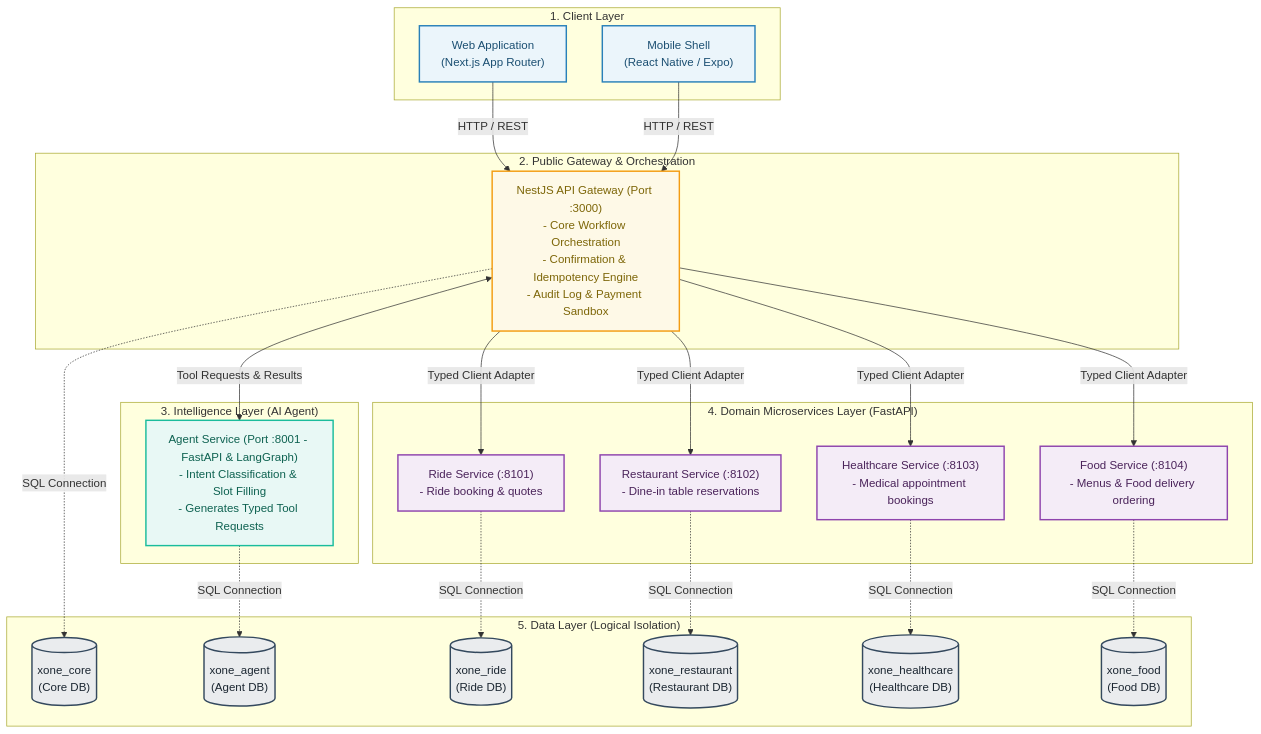
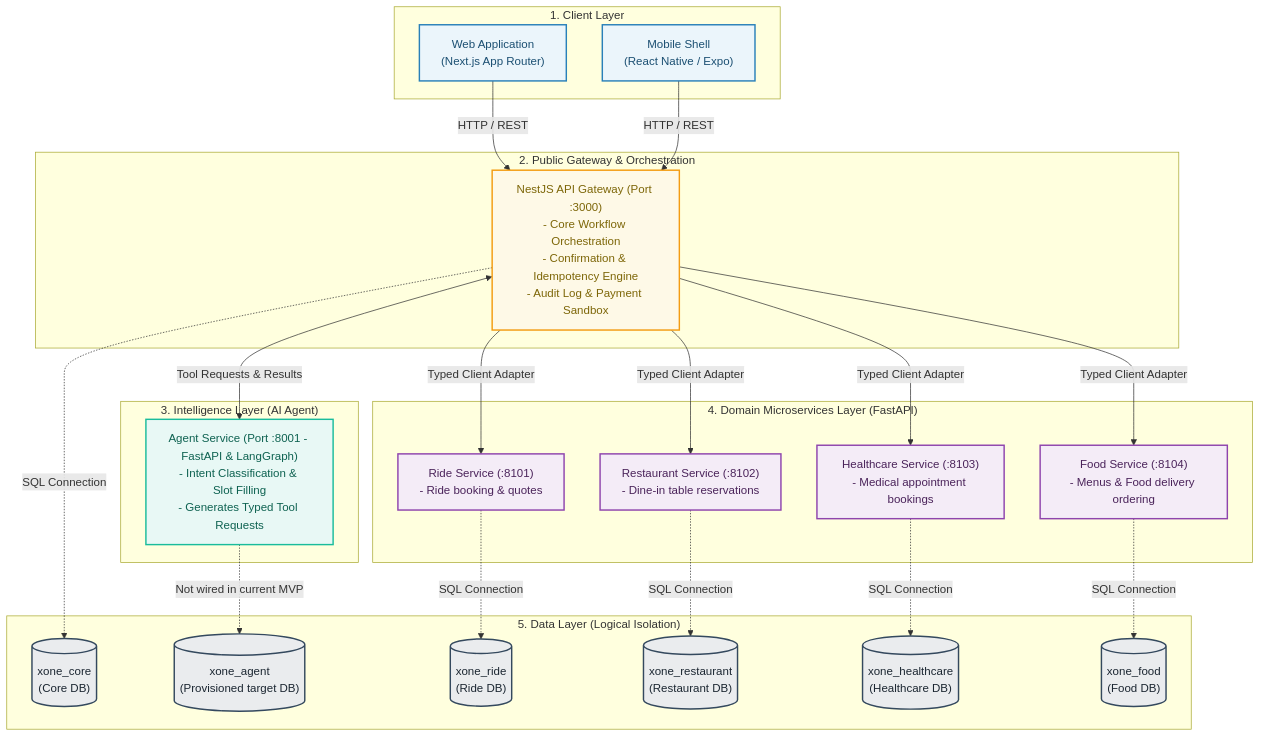
The second of 2 diagrams in docs/architecture/system-overview.md (codecuatai/P-018), drawn with Mermaid before and after one commit. The commit also changed other lines of this file and 33 other files, not shown here.

````diff
--- a/docs/architecture/system-overview.md
+++ b/docs/architecture/system-overview.md
@@ -18,54 +18,54 @@
 ```mermaid
 flowchart TB
     classDef client fill:#EBF5FB,stroke:#2980B9,stroke-width:2px,color:#1B4F72;
     classDef gateway fill:#FEF9E7,stroke:#F39C12,stroke-width:2px,color:#7D6608;
     classDef agent fill:#E8F8F5,stroke:#1ABC9C,stroke-width:2px,color:#0E6251;
     classDef domain fill:#F4ECF7,stroke:#8E44AD,stroke-width:2px,color:#4A235A;
     classDef database fill:#EAECEE,stroke:#34495E,stroke-width:2px,color:#1B2631;
 
     subgraph ClientLayer["1. Client Layer"]
         Web["Web Application\n(Next.js App Router)"]:::client
         Mobile["Mobile Shell\n(React Native / Expo)"]:::client
     end
 
     subgraph GatewayLayer["2. Public Gateway & Orchestration"]
         Gateway["NestJS API Gateway (Port :3000)\n- Core Workflow Orchestration\n- Confirmation & Idempotency Engine\n- Audit Log & Payment Sandbox"]:::gateway
     end
 
     subgraph AgentLayer["3. Intelligence Layer (AI Agent)"]
         Agent["Agent Service (Port :8001 - FastAPI & LangGraph)\n- Intent Classification & Slot Filling\n- Generates Typed Tool Requests"]:::agent
     end
 
     subgraph DomainLayer["4. Domain Microservices Layer (FastAPI)"]
         Ride["Ride Service (:8101)\n- Ride booking & quotes"]:::domain
         Restaurant["Restaurant Service (:8102)\n- Dine-in table reservations"]:::domain
         Healthcare["Healthcare Service (:8103)\n- Medical appointment bookings"]:::domain
         Food["Food Service (:8104)\n- Menus & Food delivery ordering"]:::domain
     end
 
     subgraph DataLayer["5. Data Layer (Logical Isolation)"]
         CoreDB[("xone_core\n(Core DB)")]:::database
-        AgentDB[("xone_agent\n(Agent DB)")]:::database
+        AgentDB[("xone_agent\n(Provisioned target DB)")]:::database
         RideDB[("xone_ride\n(Ride DB)")]:::database
         RestDB[("xone_restaurant\n(Restaurant DB)")]:::database
         HealthDB[("xone_healthcare\n(Healthcare DB)")]:::database
         FoodDB[("xone_food\n(Food DB)")]:::database
     end
 
     Web -->|HTTP / REST| Gateway
     Mobile -->|HTTP / REST| Gateway
 
     Gateway <-->|Tool Requests & Results| Agent
 
     Gateway -->|Typed Client Adapter| Ride
     Gateway -->|Typed Client Adapter| Restaurant
     Gateway -->|Typed Client Adapter| Healthcare
     Gateway -->|Typed Client Adapter| Food
 
     Gateway -.->|SQL Connection| CoreDB
-    Agent -.->|SQL Connection| AgentDB
+    Agent -.->|Not wired in current MVP| AgentDB
     Ride -.->|SQL Connection| RideDB
     Restaurant -.->|SQL Connection| RestDB
     Healthcare -.->|SQL Connection| HealthDB
     Food -.->|SQL Connection| FoodDB
 ```
````
